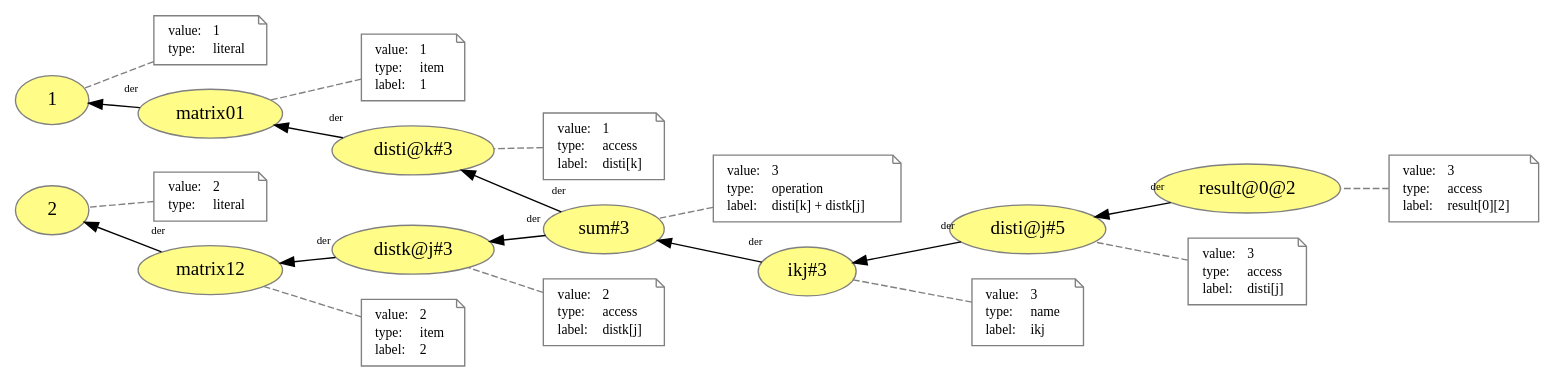
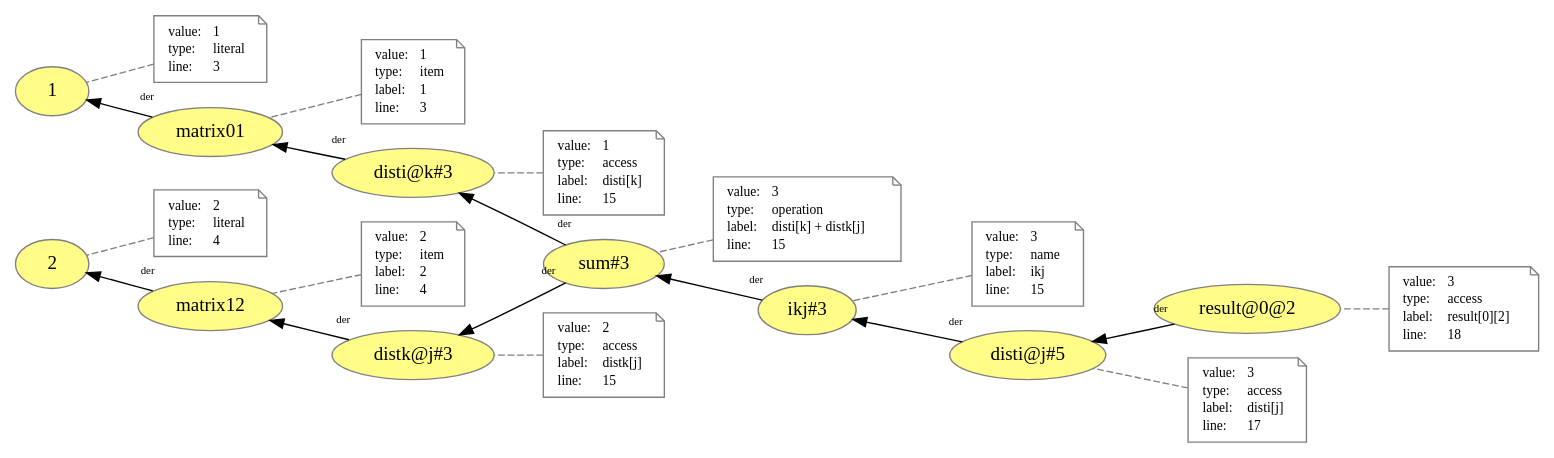
One commit to dew-uff/versioned-prov changed the diagram in generated/prov_dictionary/query.dot. Above: the diagram before and after it, drawn with Graphviz. The commit also changed 2643 other files, not shown here.

```diff
--- a/generated/prov_dictionary/query.dot
+++ b/generated/prov_dictionary/query.dot
@@ -1,5 +1,4 @@
 digraph "PROV" { size="16,12"; rankdir="RL";
-"http://example.org/disti@k#3" -> "http://example.org/matrix01" [labelfontsize="8",labeldistance="1.5",labelangle="60.0",rotation="20",taillabel="der"]
 "http://example.org/sum#3" [fillcolor="#FFFC87",color="#808080",style="filled",label="sum#3",URL="http://example.org/sum#3"]
 "-attrs0" [color="gray",shape="note",fontsize="10",fontcolor="black",label=<<TABLE cellpadding="0" border="0">
 	<TR>
@@ -14,8 +13,14 @@
 	    <TD align="left">label:</TD>
 	    <TD align="left">disti[k] + distk[j]</TD>
 	</TR>
+	<TR>
+	    <TD align="left">line:</TD>
+	    <TD align="left">15</TD>
+	</TR>
 </TABLE>>]
 "-attrs0" -> "http://example.org/sum#3" [color="gray",style="dashed",arrowhead="none"]
+"http://example.org/disti@k#3" -> "http://example.org/matrix01" [labelfontsize="8",labeldistance="1.5",labelangle="60.0",rotation="20",taillabel="der"]
+"http://example.org/sum#3" -> "http://example.org/disti@k#3" [labelfontsize="8",labeldistance="1.5",labelangle="60.0",rotation="20",taillabel="der"]
 "http://example.org/result@0@2" [fillcolor="#FFFC87",color="#808080",style="filled",label="result@0@2",URL="http://example.org/result@0@2"]
 "-attrs1" [color="gray",shape="note",fontsize="10",fontcolor="black",label=<<TABLE cellpadding="0" border="0">
 	<TR>
@@ -30,9 +35,13 @@
 	    <TD align="left">label:</TD>
 	    <TD align="left">result[0][2]</TD>
 	</TR>
+	<TR>
+	    <TD align="left">line:</TD>
+	    <TD align="left">18</TD>
+	</TR>
 </TABLE>>]
 "-attrs1" -> "http://example.org/result@0@2" [color="gray",style="dashed",arrowhead="none"]
-"http://example.org/disti@j#5" [fillcolor="#FFFC87",color="#808080",style="filled",label="disti@j#5",URL="http://example.org/disti@j#5"]
+"http://example.org/ikj#3" [fillcolor="#FFFC87",color="#808080",style="filled",label="ikj#3",URL="http://example.org/ikj#3"]
 "-attrs2" [color="gray",shape="note",fontsize="10",fontcolor="black",label=<<TABLE cellpadding="0" border="0">
 	<TR>
 	    <TD align="left">value:</TD>
@@ -40,36 +49,21 @@
 	</TR>
 	<TR>
 	    <TD align="left">type:</TD>
-	    <TD align="left">access</TD>
+	    <TD align="left">name</TD>
 	</TR>
 	<TR>
 	    <TD align="left">label:</TD>
-	    <TD align="left">disti[j]</TD>
+	    <TD align="left">ikj</TD>
+	</TR>
+	<TR>
+	    <TD align="left">line:</TD>
+	    <TD align="left">15</TD>
 	</TR>
 </TABLE>>]
-"-attrs2" -> "http://example.org/disti@j#5" [color="gray",style="dashed",arrowhead="none"]
+"-attrs2" -> "http://example.org/ikj#3" [color="gray",style="dashed",arrowhead="none"]
 "http://example.org/disti@j#5" -> "http://example.org/ikj#3" [labelfontsize="8",labeldistance="1.5",labelangle="60.0",rotation="20",taillabel="der"]
-"http://example.org/sum#3" -> "http://example.org/distk@j#3" [labelfontsize="8",labeldistance="1.5",labelangle="60.0",rotation="20",taillabel="der"]
-"http://example.org/distk@j#3" -> "http://example.org/matrix12" [labelfontsize="8",labeldistance="1.5",labelangle="60.0",rotation="20",taillabel="der"]
-"http://example.org/matrix12" [fillcolor="#FFFC87",color="#808080",style="filled",label="matrix12",URL="http://example.org/matrix12"]
+"http://example.org/disti@k#3" [fillcolor="#FFFC87",color="#808080",style="filled",label="disti@k#3",URL="http://example.org/disti@k#3"]
 "-attrs3" [color="gray",shape="note",fontsize="10",fontcolor="black",label=<<TABLE cellpadding="0" border="0">
-	<TR>
-	    <TD align="left">value:</TD>
-	    <TD align="left">2</TD>
-	</TR>
-	<TR>
-	    <TD align="left">type:</TD>
-	    <TD align="left">item</TD>
-	</TR>
-	<TR>
-	    <TD align="left">label:</TD>
-	    <TD align="left">2</TD>
-	</TR>
-</TABLE>>]
-"-attrs3" -> "http://example.org/matrix12" [color="gray",style="dashed",arrowhead="none"]
-"http://example.org/matrix01" -> "http://example.org/1" [labelfontsize="8",labeldistance="1.5",labelangle="60.0",rotation="20",taillabel="der"]
-"http://example.org/disti@k#3" [fillcolor="#FFFC87",color="#808080",style="filled",label="disti@k#3",URL="http://example.org/disti@k#3"]
-"-attrs4" [color="gray",shape="note",fontsize="10",fontcolor="black",label=<<TABLE cellpadding="0" border="0">
 	<TR>
 	    <TD align="left">value:</TD>
 	    <TD align="left">1</TD>
@@ -82,9 +76,33 @@
 	    <TD align="left">label:</TD>
 	    <TD align="left">disti[k]</TD>
 	</TR>
+	<TR>
+	    <TD align="left">line:</TD>
+	    <TD align="left">15</TD>
+	</TR>
 </TABLE>>]
-"-attrs4" -> "http://example.org/disti@k#3" [color="gray",style="dashed",arrowhead="none"]
-"http://example.org/sum#3" -> "http://example.org/disti@k#3" [labelfontsize="8",labeldistance="1.5",labelangle="60.0",rotation="20",taillabel="der"]
+"-attrs3" -> "http://example.org/disti@k#3" [color="gray",style="dashed",arrowhead="none"]
+"http://example.org/matrix01" [fillcolor="#FFFC87",color="#808080",style="filled",label="matrix01",URL="http://example.org/matrix01"]
+"-attrs4" [color="gray",shape="note",fontsize="10",fontcolor="black",label=<<TABLE cellpadding="0" border="0">
+	<TR>
+	    <TD align="left">value:</TD>
+	    <TD align="left">1</TD>
+	</TR>
+	<TR>
+	    <TD align="left">type:</TD>
+	    <TD align="left">item</TD>
+	</TR>
+	<TR>
+	    <TD align="left">label:</TD>
+	    <TD align="left">1</TD>
+	</TR>
+	<TR>
+	    <TD align="left">line:</TD>
+	    <TD align="left">3</TD>
+	</TR>
+</TABLE>>]
+"-attrs4" -> "http://example.org/matrix01" [color="gray",style="dashed",arrowhead="none"]
+"http://example.org/sum#3" -> "http://example.org/distk@j#3" [labelfontsize="8",labeldistance="1.5",labelangle="60.0",rotation="20",taillabel="der"]
 "http://example.org/distk@j#3" [fillcolor="#FFFC87",color="#808080",style="filled",label="distk@j#3",URL="http://example.org/distk@j#3"]
 "-attrs5" [color="gray",shape="note",fontsize="10",fontcolor="black",label=<<TABLE cellpadding="0" border="0">
 	<TR>
@@ -99,11 +117,37 @@
 	    <TD align="left">label:</TD>
 	    <TD align="left">distk[j]</TD>
 	</TR>
+	<TR>
+	    <TD align="left">line:</TD>
+	    <TD align="left">15</TD>
+	</TR>
 </TABLE>>]
 "-attrs5" -> "http://example.org/distk@j#3" [color="gray",style="dashed",arrowhead="none"]
+"http://example.org/disti@j#5" [fillcolor="#FFFC87",color="#808080",style="filled",label="disti@j#5",URL="http://example.org/disti@j#5"]
+"-attrs6" [color="gray",shape="note",fontsize="10",fontcolor="black",label=<<TABLE cellpadding="0" border="0">
+	<TR>
+	    <TD align="left">value:</TD>
+	    <TD align="left">3</TD>
+	</TR>
+	<TR>
+	    <TD align="left">type:</TD>
+	    <TD align="left">access</TD>
+	</TR>
+	<TR>
+	    <TD align="left">label:</TD>
+	    <TD align="left">disti[j]</TD>
+	</TR>
+	<TR>
+	    <TD align="left">line:</TD>
+	    <TD align="left">17</TD>
+	</TR>
+</TABLE>>]
+"-attrs6" -> "http://example.org/disti@j#5" [color="gray",style="dashed",arrowhead="none"]
+"http://example.org/distk@j#3" -> "http://example.org/matrix12" [labelfontsize="8",labeldistance="1.5",labelangle="60.0",rotation="20",taillabel="der"]
+"http://example.org/matrix01" -> "http://example.org/1" [labelfontsize="8",labeldistance="1.5",labelangle="60.0",rotation="20",taillabel="der"]
 "http://example.org/ikj#3" -> "http://example.org/sum#3" [labelfontsize="8",labeldistance="1.5",labelangle="60.0",rotation="20",taillabel="der"]
 "http://example.org/2" [fillcolor="#FFFC87",color="#808080",style="filled",label="2",URL="http://example.org/2"]
-"-attrs6" [color="gray",shape="note",fontsize="10",fontcolor="black",label=<<TABLE cellpadding="0" border="0">
+"-attrs7" [color="gray",shape="note",fontsize="10",fontcolor="black",label=<<TABLE cellpadding="0" border="0">
 	<TR>
 	    <TD align="left">value:</TD>
 	    <TD align="left">2</TD>
@@ -112,26 +156,13 @@
 	    <TD align="left">type:</TD>
 	    <TD align="left">literal</TD>
 	</TR>
-</TABLE>>]
-"-attrs6" -> "http://example.org/2" [color="gray",style="dashed",arrowhead="none"]
-"http://example.org/matrix12" -> "http://example.org/2" [labelfontsize="8",labeldistance="1.5",labelangle="60.0",rotation="20",taillabel="der"]
-"http://example.org/ikj#3" [fillcolor="#FFFC87",color="#808080",style="filled",label="ikj#3",URL="http://example.org/ikj#3"]
-"-attrs7" [color="gray",shape="note",fontsize="10",fontcolor="black",label=<<TABLE cellpadding="0" border="0">
 	<TR>
-	    <TD align="left">value:</TD>
-	    <TD align="left">3</TD>
-	</TR>
-	<TR>
-	    <TD align="left">type:</TD>
-	    <TD align="left">name</TD>
-	</TR>
-	<TR>
-	    <TD align="left">label:</TD>
-	    <TD align="left">ikj</TD>
+	    <TD align="left">line:</TD>
+	    <TD align="left">4</TD>
 	</TR>
 </TABLE>>]
-"-attrs7" -> "http://example.org/ikj#3" [color="gray",style="dashed",arrowhead="none"]
-"http://example.org/result@0@2" -> "http://example.org/disti@j#5" [labelfontsize="8",labeldistance="1.5",labelangle="60.0",rotation="20",taillabel="der"]
+"-attrs7" -> "http://example.org/2" [color="gray",style="dashed",arrowhead="none"]
+"http://example.org/matrix12" -> "http://example.org/2" [labelfontsize="8",labeldistance="1.5",labelangle="60.0",rotation="20",taillabel="der"]
 "http://example.org/1" [fillcolor="#FFFC87",color="#808080",style="filled",label="1",URL="http://example.org/1"]
 "-attrs8" [color="gray",shape="note",fontsize="10",fontcolor="black",label=<<TABLE cellpadding="0" border="0">
 	<TR>
@@ -142,13 +173,18 @@
 	    <TD align="left">type:</TD>
 	    <TD align="left">literal</TD>
 	</TR>
+	<TR>
+	    <TD align="left">line:</TD>
+	    <TD align="left">3</TD>
+	</TR>
 </TABLE>>]
 "-attrs8" -> "http://example.org/1" [color="gray",style="dashed",arrowhead="none"]
-"http://example.org/matrix01" [fillcolor="#FFFC87",color="#808080",style="filled",label="matrix01",URL="http://example.org/matrix01"]
+"http://example.org/result@0@2" -> "http://example.org/disti@j#5" [labelfontsize="8",labeldistance="1.5",labelangle="60.0",rotation="20",taillabel="der"]
+"http://example.org/matrix12" [fillcolor="#FFFC87",color="#808080",style="filled",label="matrix12",URL="http://example.org/matrix12"]
 "-attrs9" [color="gray",shape="note",fontsize="10",fontcolor="black",label=<<TABLE cellpadding="0" border="0">
 	<TR>
 	    <TD align="left">value:</TD>
-	    <TD align="left">1</TD>
+	    <TD align="left">2</TD>
 	</TR>
 	<TR>
 	    <TD align="left">type:</TD>
@@ -156,8 +192,12 @@
 	</TR>
 	<TR>
 	    <TD align="left">label:</TD>
-	    <TD align="left">1</TD>
+	    <TD align="left">2</TD>
+	</TR>
+	<TR>
+	    <TD align="left">line:</TD>
+	    <TD align="left">4</TD>
 	</TR>
 </TABLE>>]
-"-attrs9" -> "http://example.org/matrix01" [color="gray",style="dashed",arrowhead="none"]
+"-attrs9" -> "http://example.org/matrix12" [color="gray",style="dashed",arrowhead="none"]
 }
```
